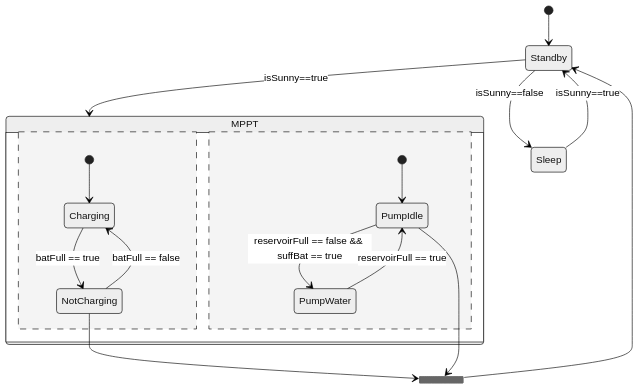
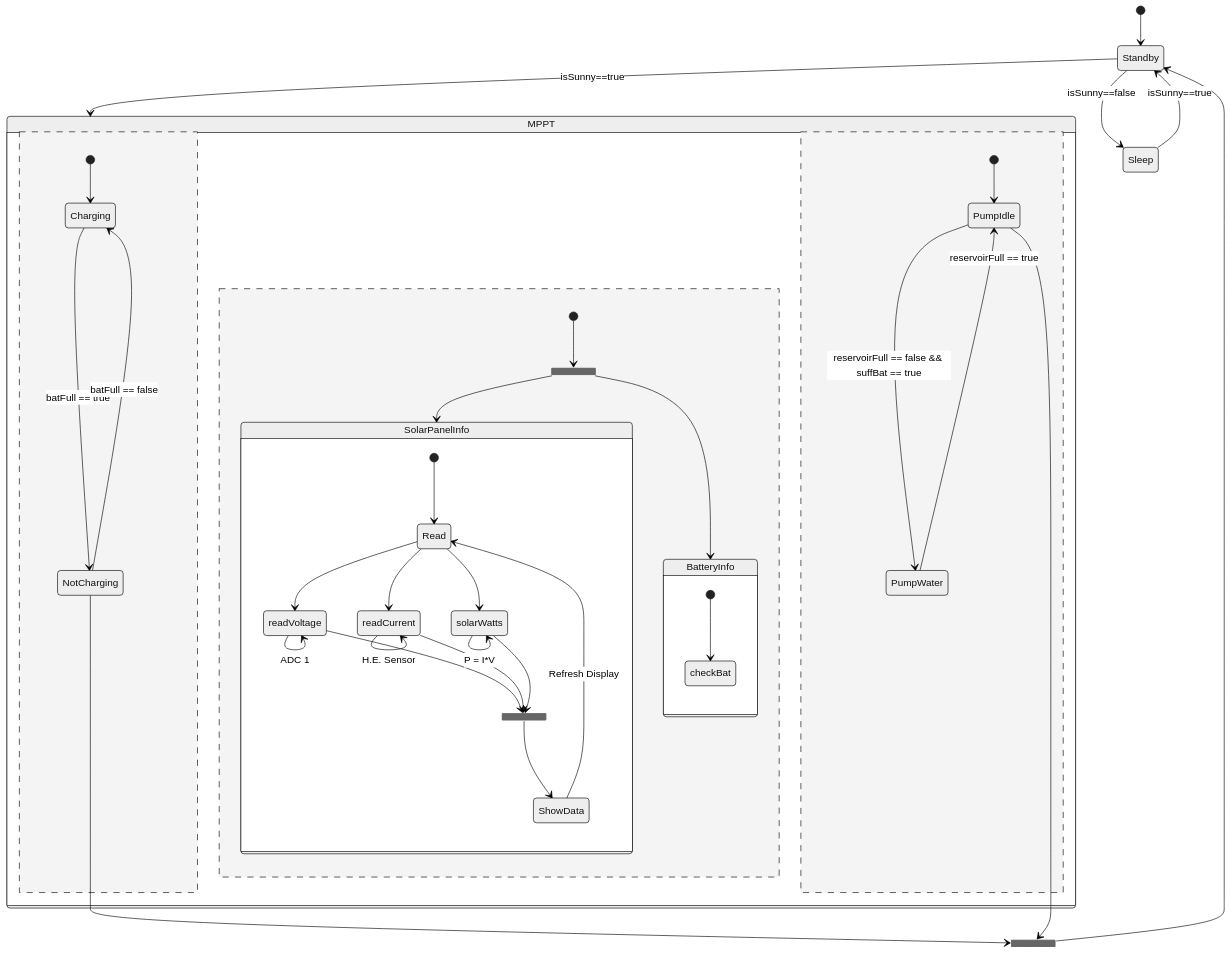
Before and after one commit to justinfederico/SolarIrrigation: the diagram in README.md, drawn with Mermaid (neutral theme).

````diff
--- a/README.md
+++ b/README.md
@@ -6,26 +6,51 @@
 ```mermaid
 stateDiagram-v2
         state Standby
         [*] --> Standby
         Standby --> MPPT: isSunny==true
         Standby --> Sleep: isSunny==false
         state MPPT {
         [*] --> Charging
         Charging --> NotCharging : batFull == true
         NotCharging --> Charging : batFull == false
         --
         [*] --> PumpIdle
         PumpIdle --> PumpWater : reservoirFull == false && suffBat == true
         PumpWater --> PumpIdle : reservoirFull == true
+        --
+        state DisplayData <<fork>>
+        [*] --> DisplayData
+        DisplayData --> SolarPanelInfo
+        DisplayData --> BatteryInfo
+        state BatteryInfo{
+            [*] --> checkBat
+        }
+        state SolarPanelInfo{
+        [*] --> Read
+        Read --> readVoltage
+        Read --> readCurrent
+        Read --> solarWatts
+        readVoltage --> readVoltage : ADC 1
+        readCurrent --> readCurrent : H.E. Sensor
+        solarWatts --> solarWatts : P = I*V
+        state refreshDisplay <<join>> 
+        readVoltage --> refreshDisplay
+        readCurrent --> refreshDisplay
+        solarWatts --> refreshDisplay
+        refreshDisplay --> ShowData
+        ShowData --> Read : Refresh Display
+        }
+
+        
     }
     state Full <<join>>
     NotCharging --> Full
     PumpIdle --> Full
     Full --> Standby
     Sleep --> Standby: isSunny==true
         
         
     
     
 
 ```
````
